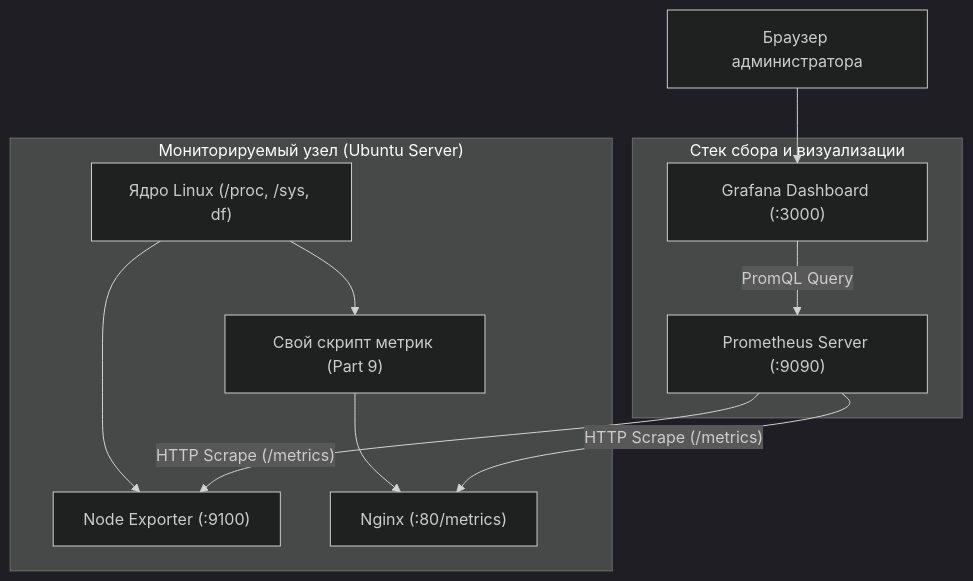
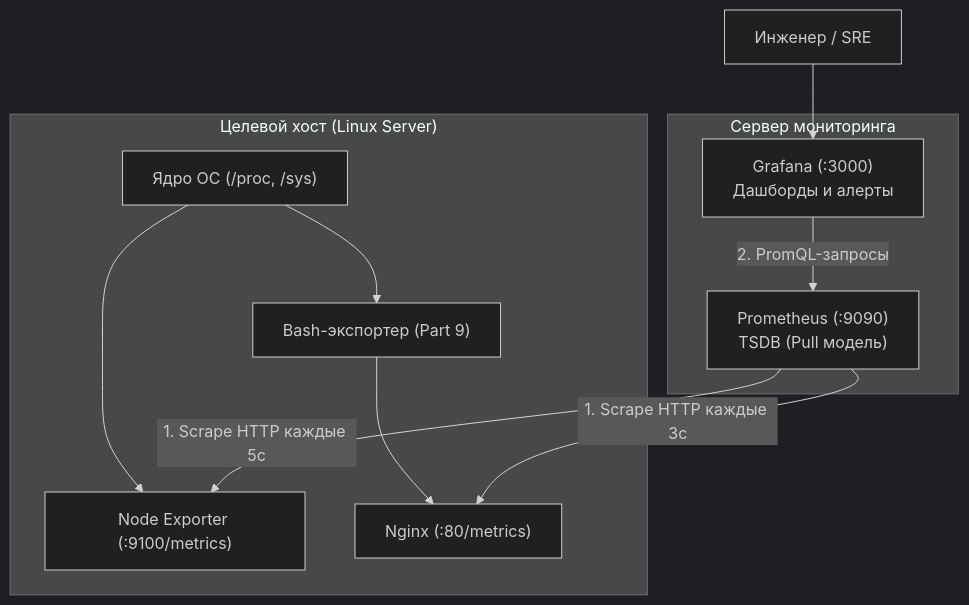
Before and after one commit to BeerLover47/linux-system-monitor: the diagram in DO4_GUIDE.md, drawn with Mermaid (dark theme). The commit also changed other lines of this file, not shown here.

Commit message:
docs: expand DO4_GUIDE with deep dive on AWK, PromQL, Nginx exporter and Bash mechanics

````diff
--- a/DO4_GUIDE.md
+++ b/DO4_GUIDE.md
@@ -405,17 +448,17 @@
 ```mermaid
 flowchart TD
-    subgraph Target["Мониторируемый узел (Ubuntu Server)"]
-        Kernel["Ядро Linux (/proc, /sys, df)"] --> NE["Node Exporter (:9100)"]
-        Kernel --> CustomExp["Свой скрипт метрик (Part 9)"] --> Nginx["Nginx (:80/metrics)"]
+    subgraph Target["Целевой хост (Linux Server)"]
+        Kernel["Ядро ОС (/proc, /sys)"] --> NE["Node Exporter (:9100/metrics)"]
+        Kernel --> BashScript["Bash-экспортер (Part 9)"] --> Nginx["Nginx (:80/metrics)"]
     end
 
-    subgraph Core["Стек сбора и визуализации"]
-        Prom["Prometheus Server (:9090)"]
-        Graf["Grafana Dashboard (:3000)"]
+    subgraph MonitoringCore["Сервер мониторинга"]
+        Prom["Prometheus (:9090)<br/>TSDB (Pull модель)"]
+        Graf["Grafana (:3000)<br/>Дашборды и алерты"]
     end
 
-    Prom -- "HTTP Scrape (/metrics)" --> NE
-    Prom -- "HTTP Scrape (/metrics)" --> Nginx
-    Graf -- "PromQL Query" --> Prom
-    Admin["Браузер администратора"] --> Graf
+    Prom -- "1. Scrape HTTP каждые 5с" --> NE
+    Prom -- "1. Scrape HTTP каждые 3с" --> Nginx
+    Graf -- "2. PromQL-запросы" --> Prom
+    Engineer["Инженер / SRE"] --> Graf
 ```
````
